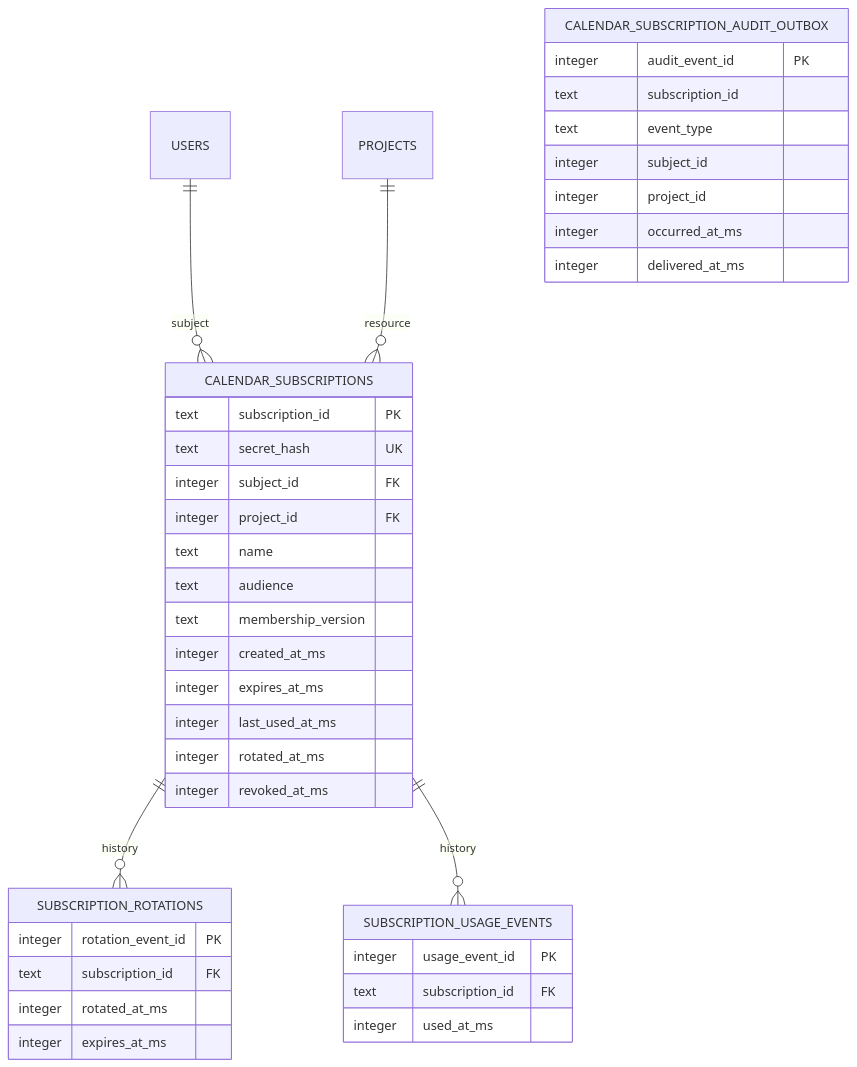
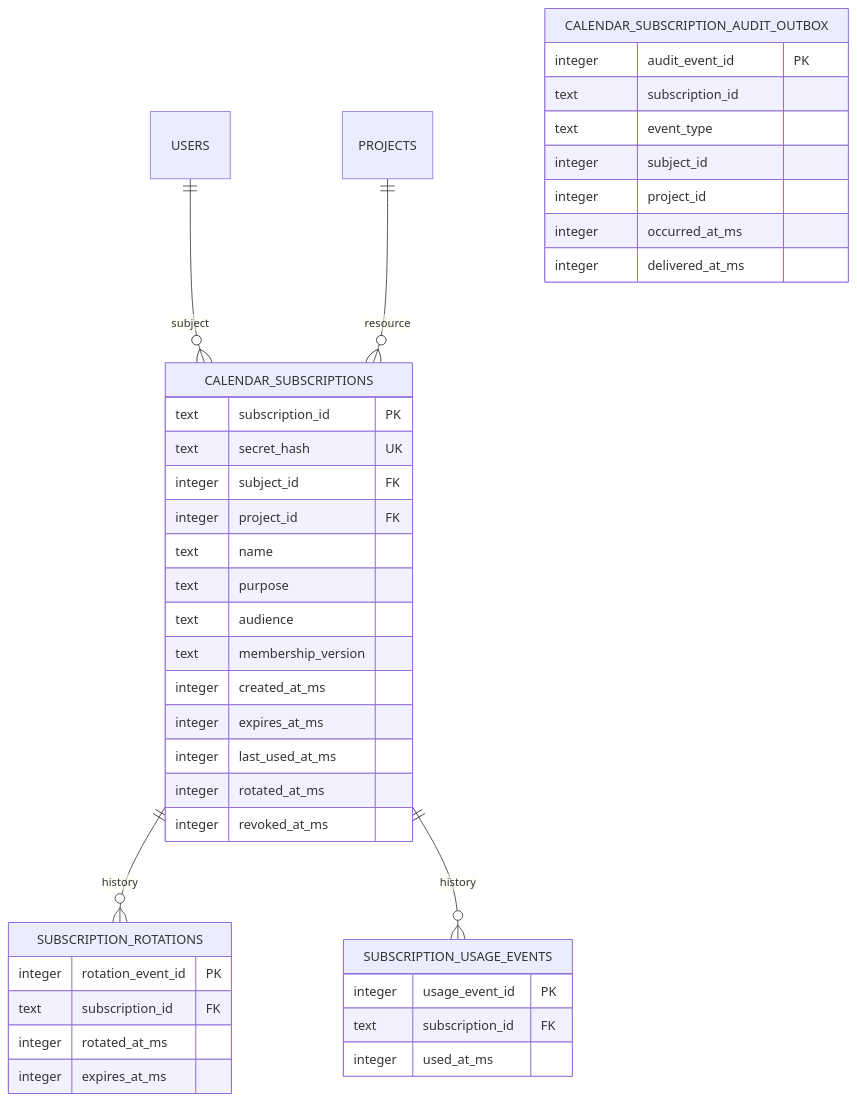
The diagram in docs/doctoring/calendar-subscription-sqlite.md (ContextualWisdomLab/scopeweave), drawn with Mermaid before and after one commit. The commit also changed other lines of this file and 7 other files, not shown here.

````diff
--- a/docs/doctoring/calendar-subscription-sqlite.md
+++ b/docs/doctoring/calendar-subscription-sqlite.md
@@ -26,45 +26,46 @@
 ```mermaid
 erDiagram
     USERS ||--o{ CALENDAR_SUBSCRIPTIONS : subject
     PROJECTS ||--o{ CALENDAR_SUBSCRIPTIONS : resource
     CALENDAR_SUBSCRIPTIONS ||--o{ SUBSCRIPTION_ROTATIONS : history
     CALENDAR_SUBSCRIPTIONS ||--o{ SUBSCRIPTION_USAGE_EVENTS : history
 
     CALENDAR_SUBSCRIPTIONS {
       text subscription_id PK
       text secret_hash UK
       integer subject_id FK
       integer project_id FK
       text name
+      text purpose
       text audience
       text membership_version
       integer created_at_ms
       integer expires_at_ms
       integer last_used_at_ms
       integer rotated_at_ms
       integer revoked_at_ms
     }
 
     SUBSCRIPTION_ROTATIONS {
       integer rotation_event_id PK
       text subscription_id FK
       integer rotated_at_ms
       integer expires_at_ms
     }
 
     SUBSCRIPTION_USAGE_EVENTS {
       integer usage_event_id PK
       text subscription_id FK
       integer used_at_ms
     }
 
     CALENDAR_SUBSCRIPTION_AUDIT_OUTBOX {
       integer audit_event_id PK
       text subscription_id
       text event_type
       integer subject_id
       integer project_id
       integer occurred_at_ms
       integer delivered_at_ms
     }
 ```
````
